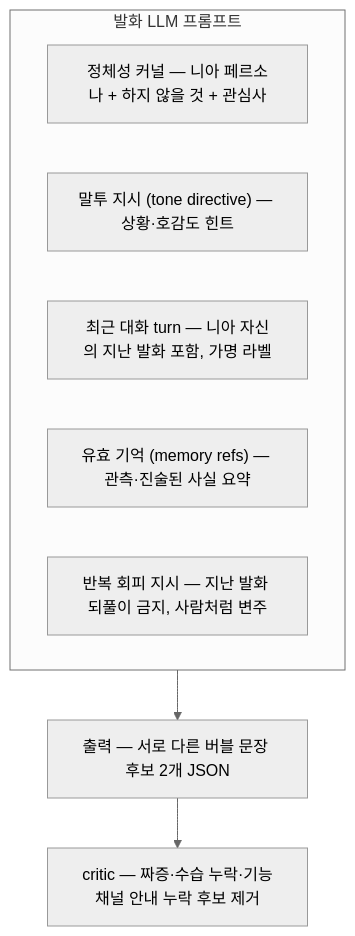
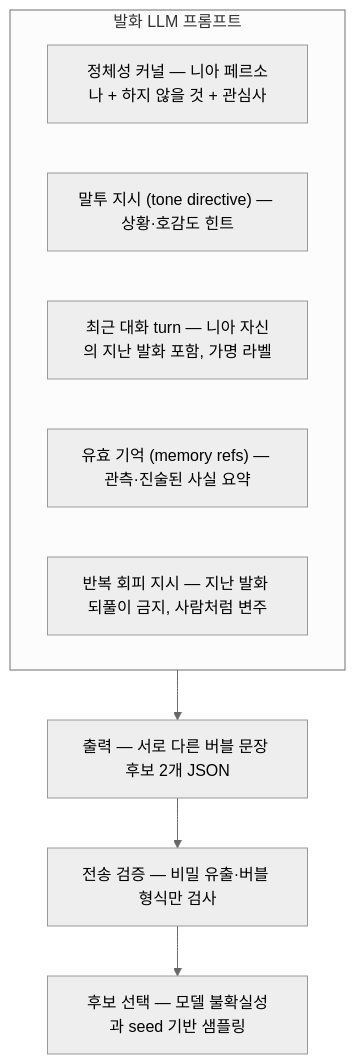
One commit to Hyeonjun0527/discord-ai-network-bot changed the third of 5 diagrams in docs/nexa/NIA_PIPELINE.md. Above: the diagram before and after it, drawn with Mermaid (neutral theme). The commit also changed other lines of this file and 23 other files, not shown here.

````diff
--- a/docs/nexa/NIA_PIPELINE.md
+++ b/docs/nexa/NIA_PIPELINE.md
@@ -60,12 +60,13 @@
 ```mermaid
 flowchart TD
     subgraph SIN["발화 LLM 프롬프트"]
         P["정체성 커널 — 니아 페르소나 + 하지 않을 것 + 관심사"]
         T["말투 지시 (tone directive) — 상황·호감도 힌트"]
         Q["최근 대화 turn — 니아 자신의 지난 발화 포함, 가명 라벨"]
         R2["유효 기억 (memory refs) — 관측·진술된 사실 요약"]
         RULE["반복 회피 지시 — 지난 발화 되풀이 금지, 사람처럼 변주"]
     end
     SIN --> GEN["출력 — 서로 다른 버블 문장 후보 2개 JSON"]
-    GEN --> CRITIC["critic — 짜증·수습 누락·기능채널 안내 누락 후보 제거"]
+    GEN --> CHECK["전송 검증 — 비밀 유출·버블 형식만 검사"]
+    CHECK --> PICK["후보 선택 — 모델 불확실성과 seed 기반 샘플링"]
 ```
````
